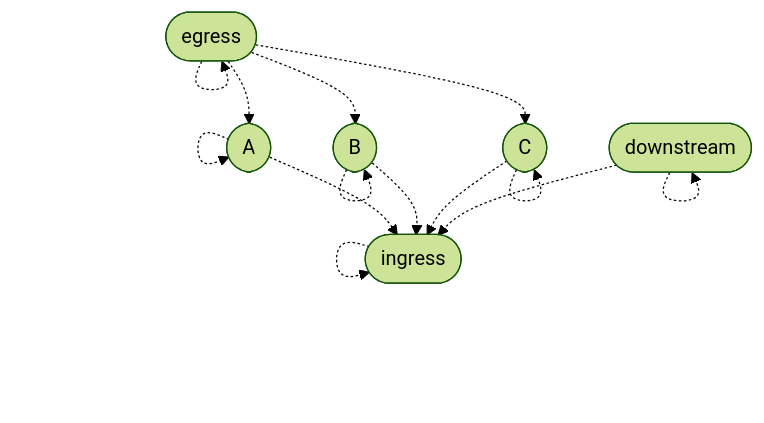
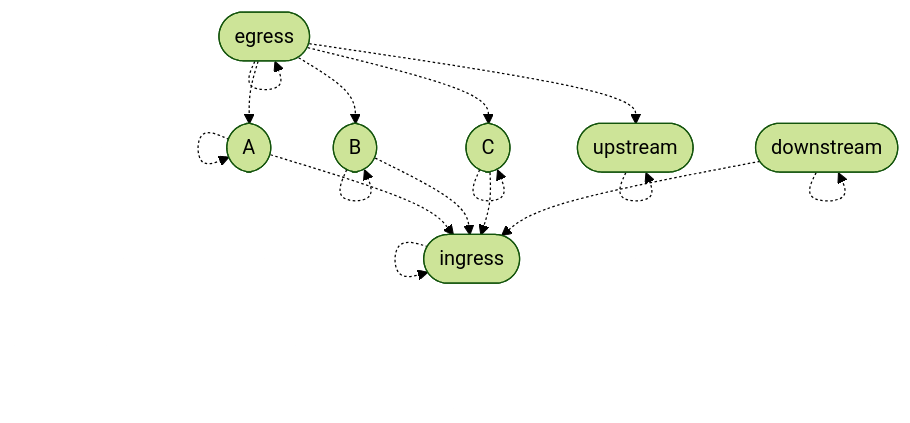
Before and after one commit to stepchowfun/proofs: diagram 20 of 22 in proofs/AdmissibilityGraph/README.md, drawn with Mermaid (forest theme). The commit also changed other lines of this file, not shown here.

Commit message:
Wordsmith the admissibility graph README

````diff
--- a/proofs/AdmissibilityGraph/README.md
+++ b/proofs/AdmissibilityGraph/README.md
@@ -415,23 +397,26 @@
 ```mermaid
 flowchart TD
+  up([upstream])
+  down([downstream])
   e([egress])
   i([ingress])
   a([A])
   b([B])
   c([C])
-  down([downstream])
 
   e -.-> e
   i -.-> i
   a -.-> a
   b -.-> b
   c -.-> c
+  up -.-> up
   down -.-> down
   e -.-> a
   e -.-> b
   e -.-> c
   a -.-> i
   b -.-> i
   c -.-> i
+  e -.-> up
   down -.-> i
 ```
````
